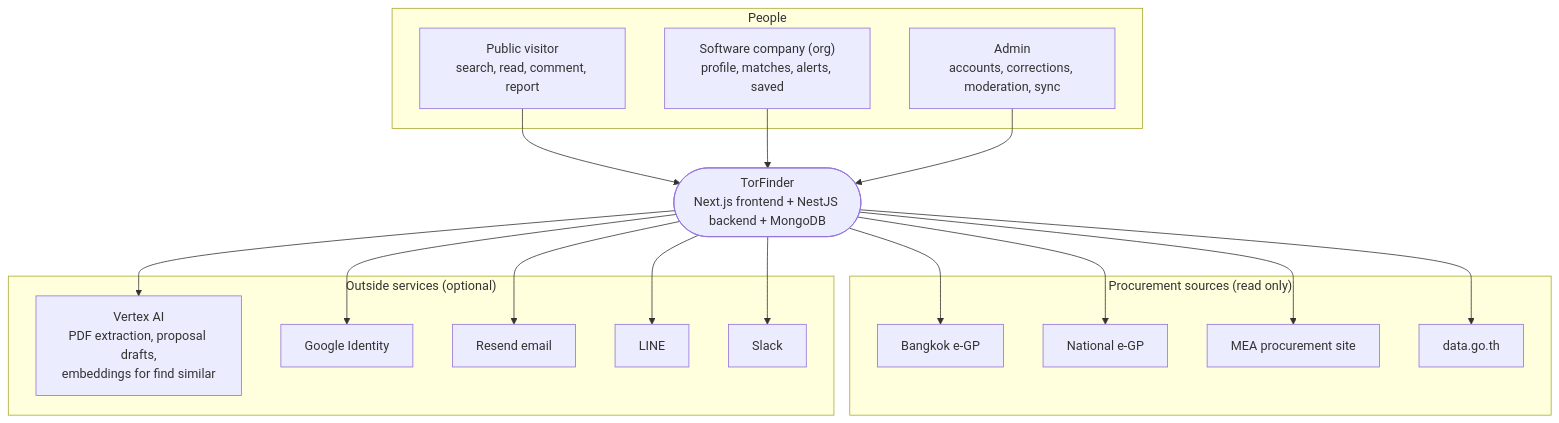
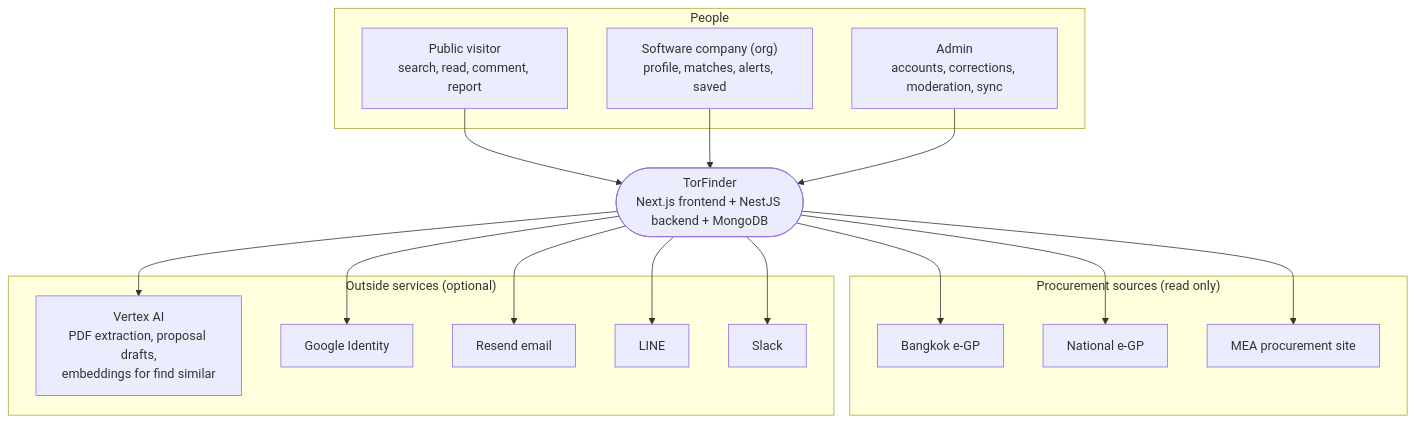
The first of 2 diagrams in docs/architecture.md (PhomMaiWai/TorFinder), drawn with Mermaid before and after one commit. The commit also changed other lines of this file and 40 other files, not shown here.

````diff
--- a/docs/architecture.md
+++ b/docs/architecture.md
@@ -29,30 +29,29 @@
 ```mermaid
 flowchart TB
     subgraph People
         Public["Public visitor<br/>search, read, comment, report"]
         Org["Software company (org)<br/>profile, matches, alerts, saved"]
         Admin["Admin<br/>accounts, corrections, moderation, sync"]
     end
 
     TF(["TorFinder<br/>Next.js frontend + NestJS backend + MongoDB"])
 
     subgraph Sources["Procurement sources (read only)"]
         EGP["Bangkok e-GP"]
         GPROC["National e-GP"]
         MEA["MEA procurement site"]
-        DATAGOV["data.go.th"]
     end
 
     subgraph Services["Outside services (optional)"]
         Vertex["Vertex AI<br/>PDF extraction, proposal drafts,<br/>embeddings for find similar"]
         Google["Google Identity"]
         Resend["Resend email"]
         Line["LINE"]
         Slack["Slack"]
     end
 
     Public & Org & Admin --> TF
-    TF --> EGP & GPROC & MEA & DATAGOV
+    TF --> EGP & GPROC & MEA
     TF --> Vertex & Google
     TF --> Resend & Line & Slack
 ```
````
